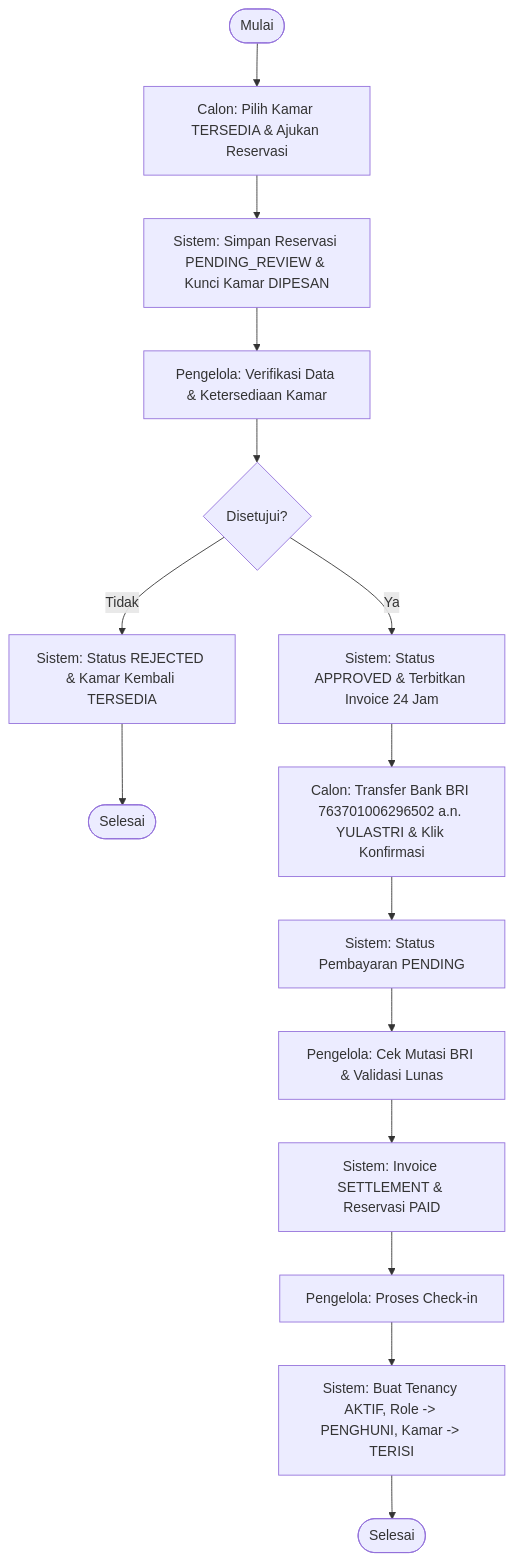
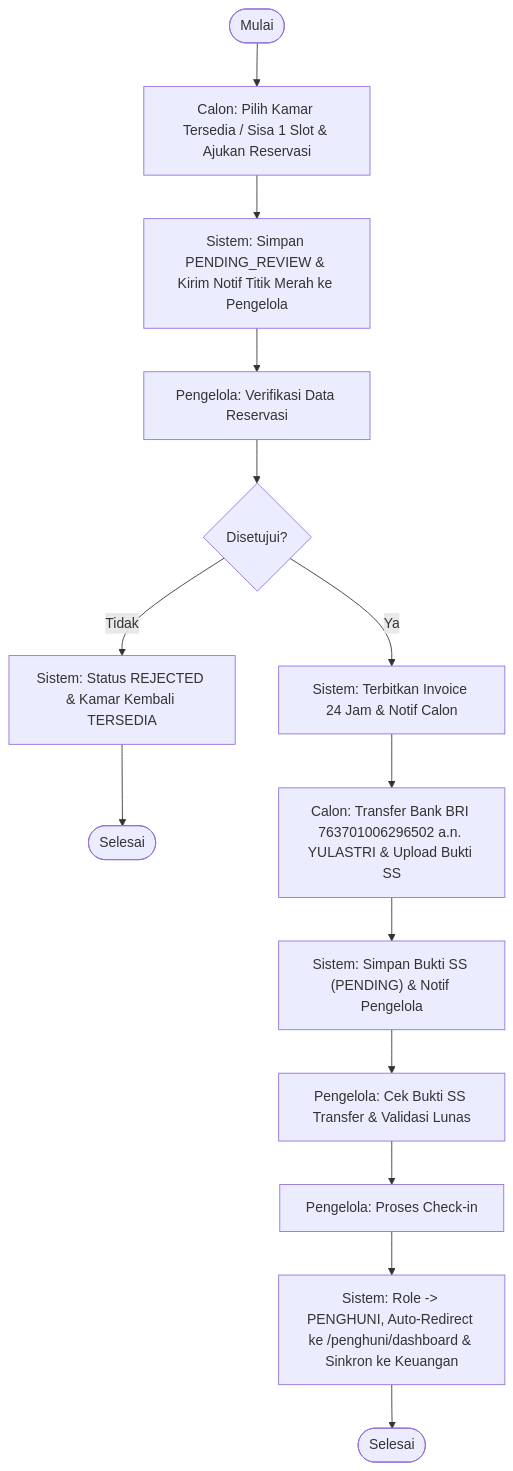
The second of 3 diagrams in docs/alur_sistem_dan_diagram_kos_omi.md (citraiqhlim77-sudo/kos_omi), drawn with Mermaid before and after one commit. The commit also changed other lines of this file and 1 other file, not shown here.

Commit message:
docs: update system flow diagrams and 24-scenario Black-Box Testing report

````diff
--- a/docs/alur_sistem_dan_diagram_kos_omi.md
+++ b/docs/alur_sistem_dan_diagram_kos_omi.md
@@ -102,16 +94,15 @@
 ```mermaid
 flowchart TD
-    Start([Mulai]) --> A1["Calon: Pilih Kamar TERSEDIA & Ajukan Reservasi"]
-    A1 --> A2["Sistem: Simpan Reservasi PENDING_REVIEW & Kunci Kamar DIPESAN"]
-    A2 --> A3["Pengelola: Verifikasi Data & Ketersediaan Kamar"]
+    Start([Mulai]) --> A1["Calon: Pilih Kamar Tersedia / Sisa 1 Slot & Ajukan Reservasi"]
+    A1 --> A2["Sistem: Simpan PENDING_REVIEW & Kirim Notif Titik Merah ke Pengelola"]
+    A2 --> A3["Pengelola: Verifikasi Data Reservasi"]
     A3 --> D1{"Disetujui?"}
     D1 -- "Tidak" --> A4["Sistem: Status REJECTED & Kamar Kembali TERSEDIA"] --> End1([Selesai])
-    D1 -- "Ya" --> A5["Sistem: Status APPROVED & Terbitkan Invoice 24 Jam"]
-    A5 --> A6["Calon: Transfer Bank BRI 763701006296502 a.n. YULASTRI & Klik Konfirmasi"]
-    A6 --> A7["Sistem: Status Pembayaran PENDING"]
-    A7 --> A8["Pengelola: Cek Mutasi BRI & Validasi Lunas"]
-    A8 --> A9["Sistem: Invoice SETTLEMENT & Reservasi PAID"]
-    A9 --> A10["Pengelola: Proses Check-in"]
-    A10 --> A11["Sistem: Buat Tenancy AKTIF, Role -> PENGHUNI, Kamar -> TERISI"]
-    A11 --> End2([Selesai])
+    D1 -- "Ya" --> A5["Sistem: Terbitkan Invoice 24 Jam & Notif Calon"]
+    A5 --> A6["Calon: Transfer Bank BRI 763701006296502 a.n. YULASTRI & Upload Bukti SS"]
+    A6 --> A7["Sistem: Simpan Bukti SS (PENDING) & Notif Pengelola"]
+    A7 --> A8["Pengelola: Cek Bukti SS Transfer & Validasi Lunas"]
+    A8 --> A9["Pengelola: Proses Check-in"]
+    A9 --> A10["Sistem: Role -> PENGHUNI, Auto-Redirect ke /penghuni/dashboard & Sinkron ke Keuangan"]
+    A10 --> End2([Selesai])
 ```
````
